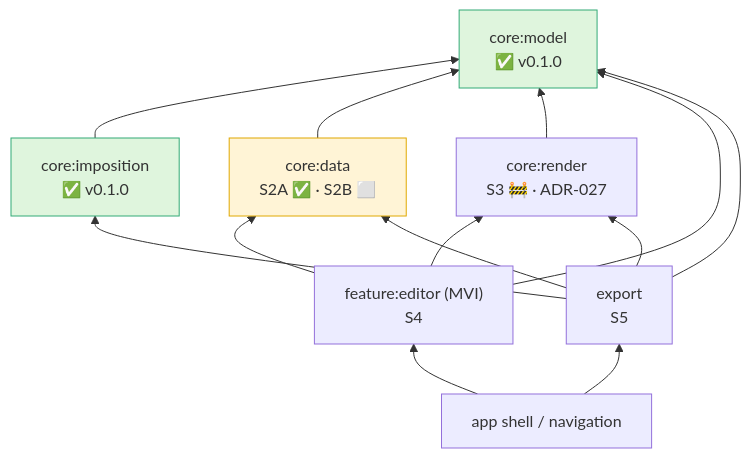
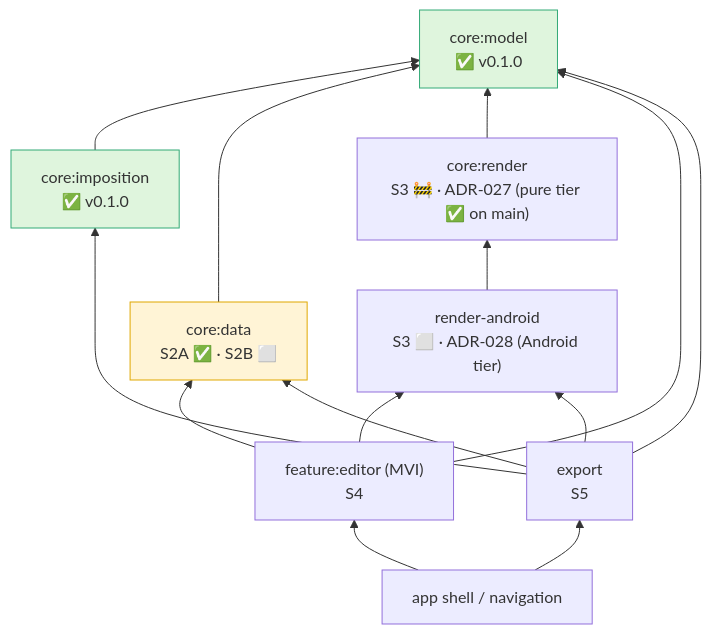
The ninth of 10 diagrams in docs/ARCHITECTURE.md (aritr-codes/zinely-android), drawn with Mermaid before and after one commit. The commit also changed other lines of this file and 3 other files, not shown here.

First line of the commit message:
docs(adr-028): accept S3 Android render backend design (ADR-028)

````diff
--- a/docs/ARCHITECTURE.md
+++ b/docs/ARCHITECTURE.md
@@ -349,28 +349,30 @@
 ```mermaid
 flowchart BT
     model["core:model<br/>✅ v0.1.0"]
     imp["core:imposition<br/>✅ v0.1.0"]
     data["core:data<br/>S2A ✅ · S2B ⬜"]
-    render["core:render<br/>S3 🚧 · ADR-027"]
+    render["core:render<br/>S3 🚧 · ADR-027 (pure tier ✅ on main)"]
+    ra["render-android<br/>S3 ⬜ · ADR-028 (Android tier)"]
     editor["feature:editor (MVI)<br/>S4"]
     export["export<br/>S5"]
     app["app shell / navigation"]
 
     imp --> model
     data --> model
     render --> model
+    ra --> render
     editor --> model
     editor --> data
-    editor --> render
+    editor --> ra
     export --> model
     export --> imp
-    export --> render
+    export --> ra
     export --> data
     app --> editor
     app --> export
 
     classDef done fill:#dff5dd,stroke:#3a7;
     classDef next fill:#fff4d6,stroke:#e0a800;
     class model,imp done;
     class data next;
 ```
````
